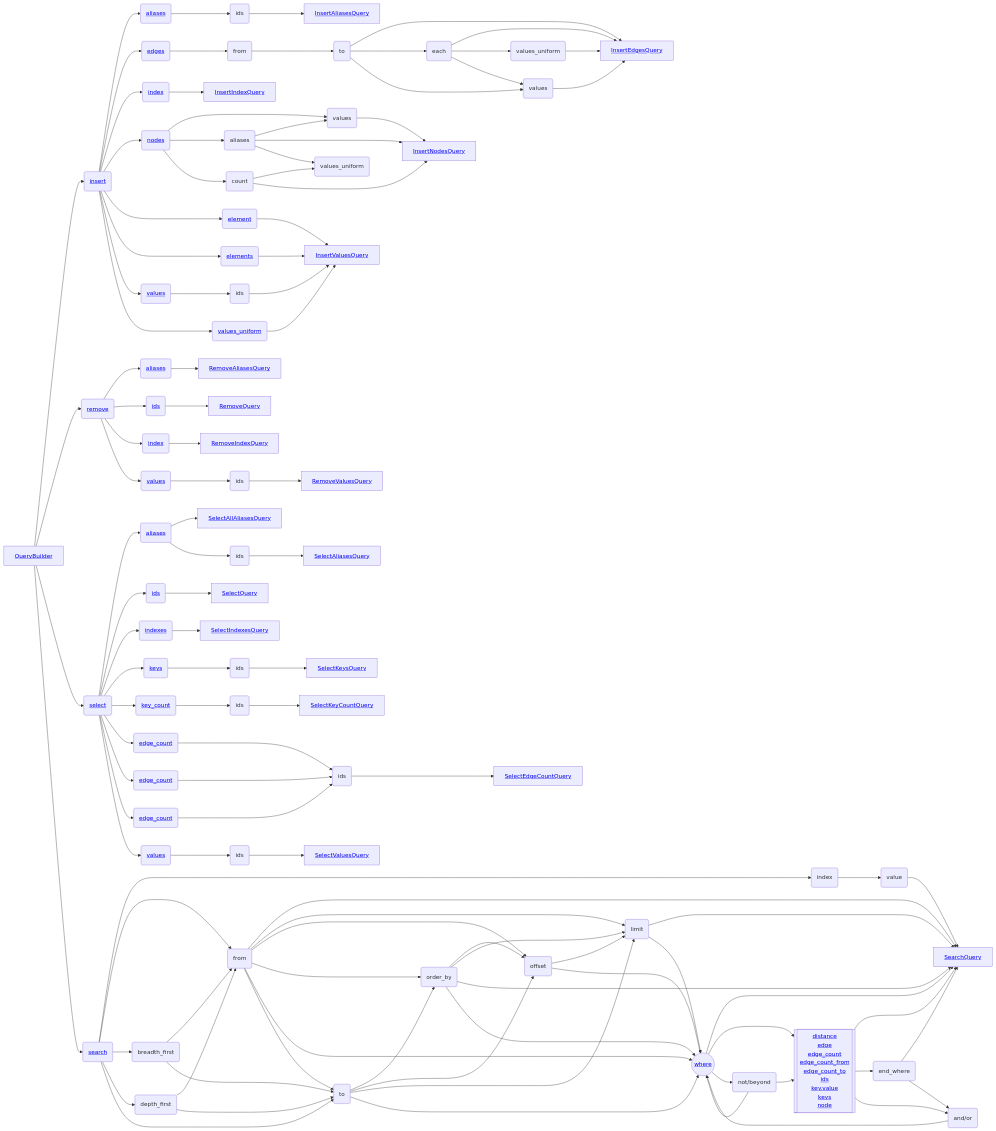
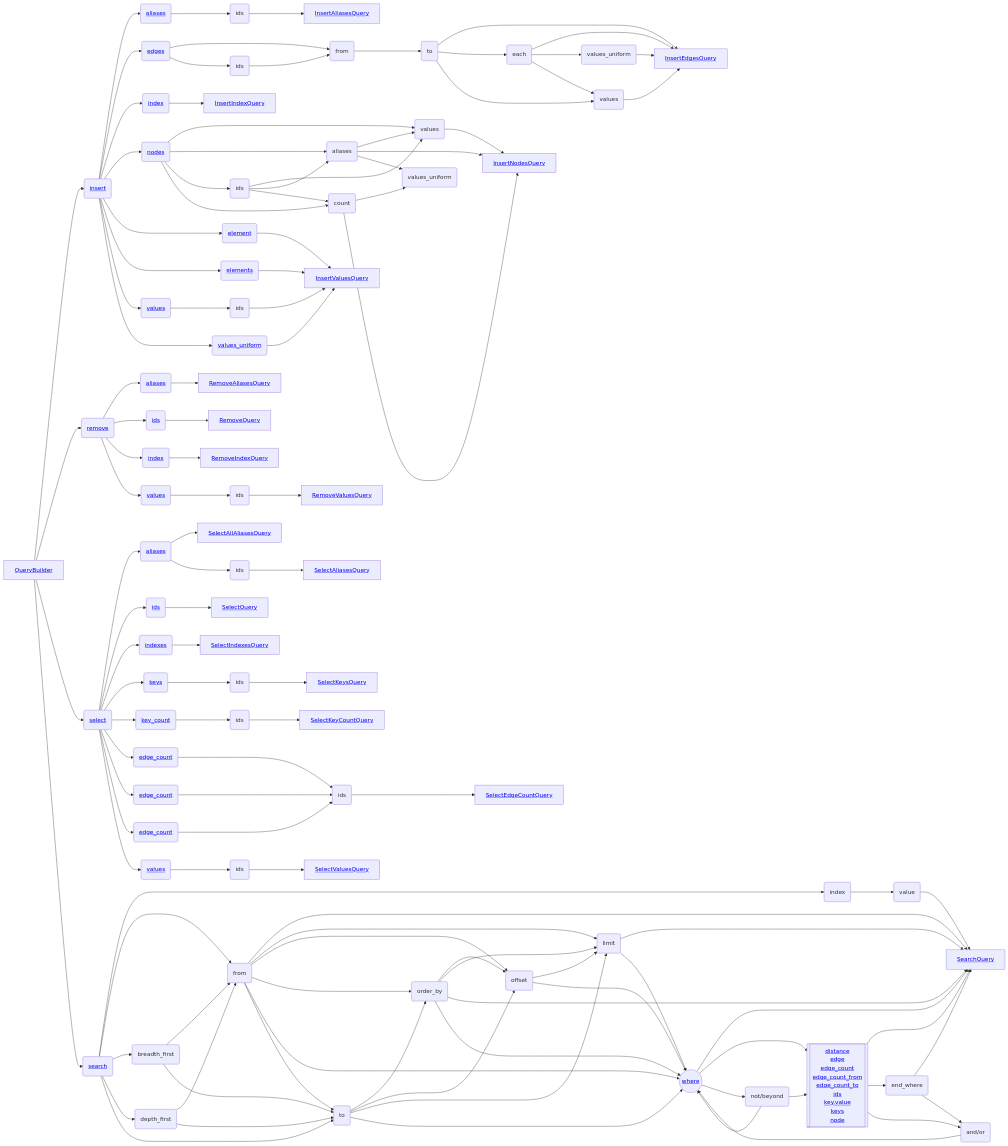
One commit to agnesoft/agdb changed the diagram in docs/queries.md. Above: the diagram before and after it, drawn with Mermaid. The commit also changed other lines of this file and 13 other files, not shown here.

```diff
--- a/docs/queries.md
+++ b/docs/queries.md
@@ -10,6 +10,8 @@
 
     insert --> i_aliases("<a href='https://github.com/agnesoft/agdb/blob/main/docs/queries.md#insert-aliases'>aliases</a>") --> i_a_ids("ids") --> InsertAliasesQuery["<a href='https://github.com/agnesoft/agdb/blob/main/docs/queries.md#insert-aliases'>InsertAliasesQuery</a>"]
     insert --> i_edges("<a href='https://github.com/agnesoft/agdb/blob/main/docs/queries.md#insert-edges'>edges</a>") --> i_e_from("from") --> i_e_to("to") --> InsertEdgesQuery["<a href='https://github.com/agnesoft/agdb/blob/main/docs/queries.md#insert-edges'>InsertEdgesQuery</a>"]
+    i_edges --> i_e_ids("ids")
+    i_e_ids --> i_e_from
     i_e_to --> each("each") --> InsertEdgesQuery
     i_e_to --> i_e_values("values")
     each --> i_e_values_uniform("values_uniform") --> InsertEdgesQuery
@@ -18,10 +20,14 @@
     insert --> i_nodes("<a href='https://github.com/agnesoft/agdb/blob/main/docs/queries.md#insert-nodes'>nodes</a>")
     i_nodes --> i_n_values("values") --> InsertNodesQuery["<a href='https://github.com/agnesoft/agdb/blob/main/docs/queries.md#insert-nodes'>InsertNodesQuery</a>"]
     i_nodes --> i_n_aliases("aliases")
+    i_nodes --> i_n_ids("ids")
     i_n_count --> i_n_values_uniform("values_uniform")
     i_n_aliases --> i_n_values
     i_n_aliases --> InsertNodesQuery
     i_n_aliases --> i_n_values_uniform
+    i_n_ids --> i_n_values
+    i_n_ids --> i_n_aliases
+    i_n_ids --> i_n_count
     i_nodes --> i_n_count("count") --> InsertNodesQuery
     insert --> i_element("<a href='https://github.com/agnesoft/agdb/blob/main/docs/queries.md#insert-values'>element</a>") --> InsertValuesQuery["<a href='https://github.com/agnesoft/agdb/blob/main/docs/queries.md#insert-values'>InsertValuesQuery</a>"]
     insert --> i_elements("<a href='https://github.com/agnesoft/agdb/blob/main/docs/queries.md#insert-values'>elements</a>") --> InsertValuesQuery
```
